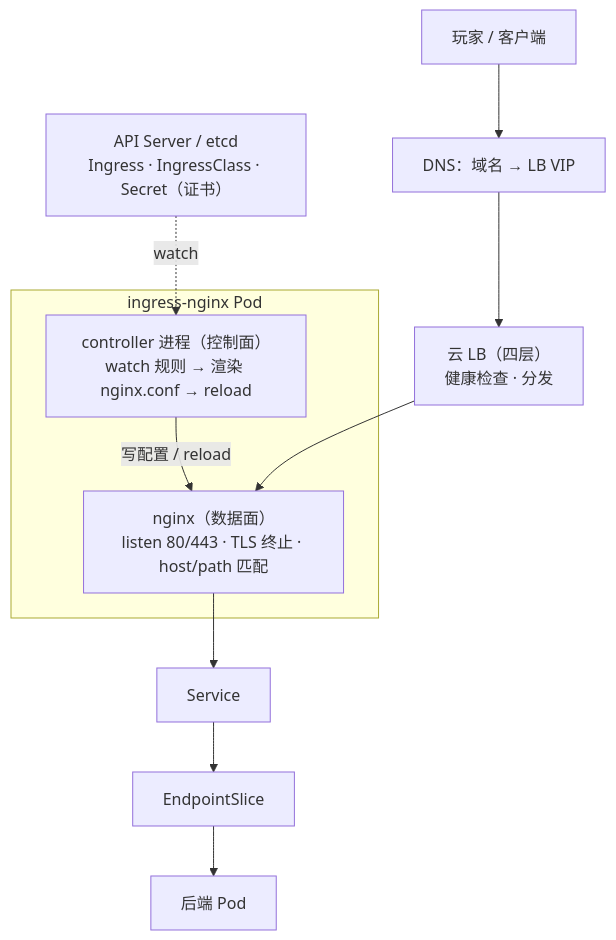
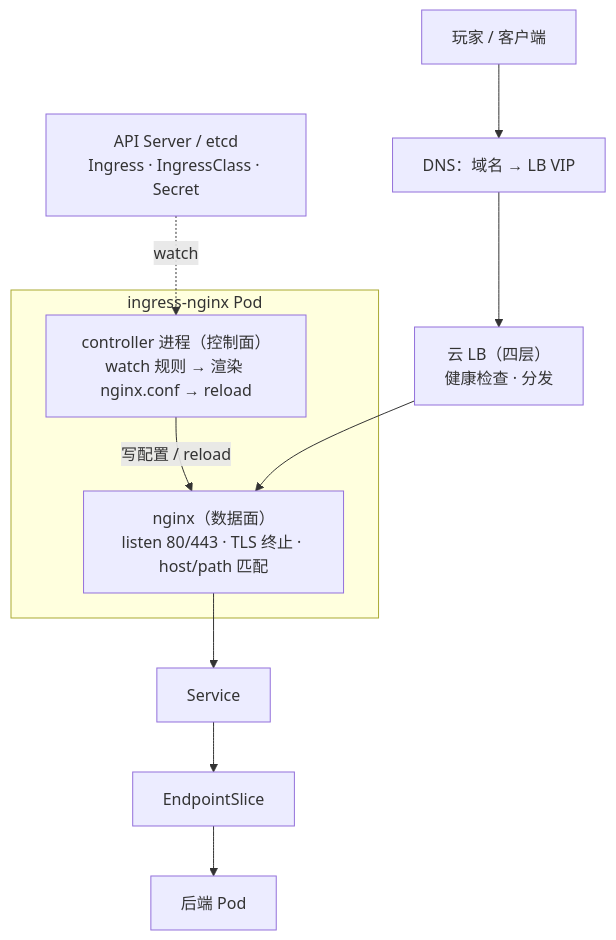
The first of 5 diagrams in 03-Kubernetes/15-Ingress与流量管理/知识点.md (ml-cuizijun/LearnToLilith), drawn with Mermaid before and after one commit. The commit also changed other lines of this file and 178 other files, not shown here.

````diff
--- a/03-Kubernetes/15-Ingress与流量管理/知识点.md
+++ b/03-Kubernetes/15-Ingress与流量管理/知识点.md
@@ -21,15 +15,15 @@
 ```mermaid
 flowchart TB
     player["玩家 / 客户端"] --> dns["DNS：域名 → LB VIP"]
     dns --> lb["云 LB（四层）<br/>健康检查 · 分发"]
     subgraph ipod["ingress-nginx Pod"]
         ctrl["controller 进程（控制面）<br/>watch 规则 → 渲染 nginx.conf → reload"]
         ngx["nginx（数据面）<br/>listen 80/443 · TLS 终止 · host/path 匹配"]
         ctrl -- "写配置 / reload" --> ngx
     end
     lb --> ngx
     ngx --> svc["Service"]
     svc --> ep["EndpointSlice"]
     ep --> bpod["后端 Pod"]
-    store["API Server / etcd<br/>Ingress · IngressClass · Secret（证书）"] -. "watch" .-> ctrl
+    store["API Server / etcd<br/>Ingress · IngressClass · Secret"] -. "watch" .-> ctrl
 ```
````
